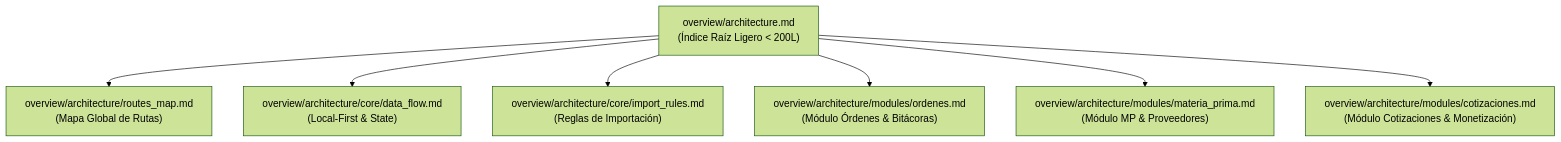
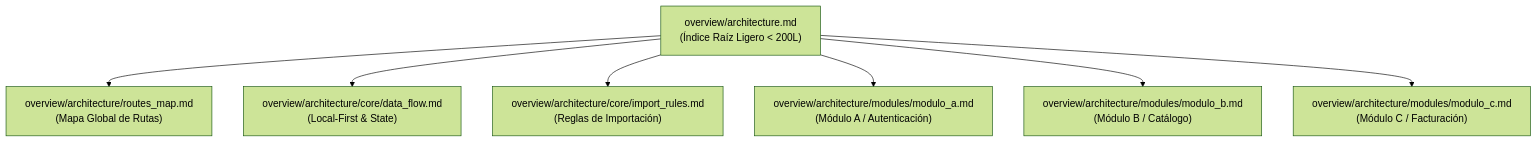
One commit to Agent-Rules-Ecosystem/agent-rules-ecosystem changed the diagram in ARCHITECTURE_STANDARD.md. Above: the diagram before and after it, drawn with Mermaid (forest theme). The commit also changed other lines of this file and 42 other files, not shown here.

````diff
--- a/ARCHITECTURE_STANDARD.md
+++ b/ARCHITECTURE_STANDARD.md
@@ -24,12 +24,12 @@
 ```mermaid
 graph TD
     ROOT["overview/architecture.md\n(Índice Raíz Ligero < 200L)"]
     
     ROOT --> ROUTING["overview/architecture/routes_map.md\n(Mapa Global de Rutas)"]
     ROOT --> CORE_DATA["overview/architecture/core/data_flow.md\n(Local-First & State)"]
     ROOT --> CORE_RULES["overview/architecture/core/import_rules.md\n(Reglas de Importación)"]
     
-    ROOT --> MOD1["overview/architecture/modules/ordenes.md\n(Módulo Órdenes & Bitácoras)"]
-    ROOT --> MOD2["overview/architecture/modules/materia_prima.md\n(Módulo MP & Proveedores)"]
-    ROOT --> MOD3["overview/architecture/modules/cotizaciones.md\n(Módulo Cotizaciones & Monetización)"]
+    ROOT --> MOD1["overview/architecture/modules/modulo_a.md\n(Módulo A / Autenticación)"]
+    ROOT --> MOD2["overview/architecture/modules/modulo_b.md\n(Módulo B / Catálogo)"]
+    ROOT --> MOD3["overview/architecture/modules/modulo_c.md\n(Módulo C / Facturación)"]
 ```
````
